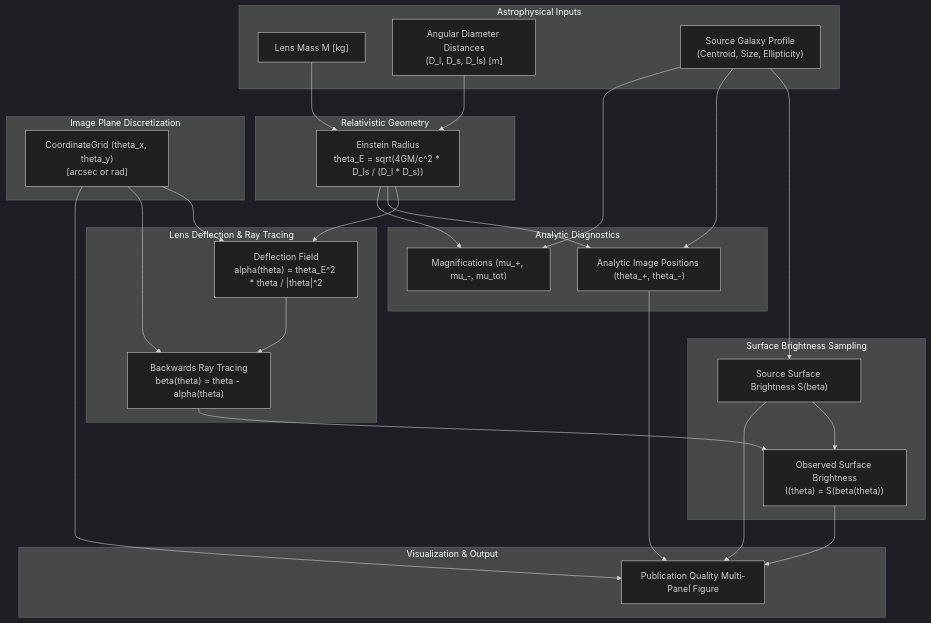
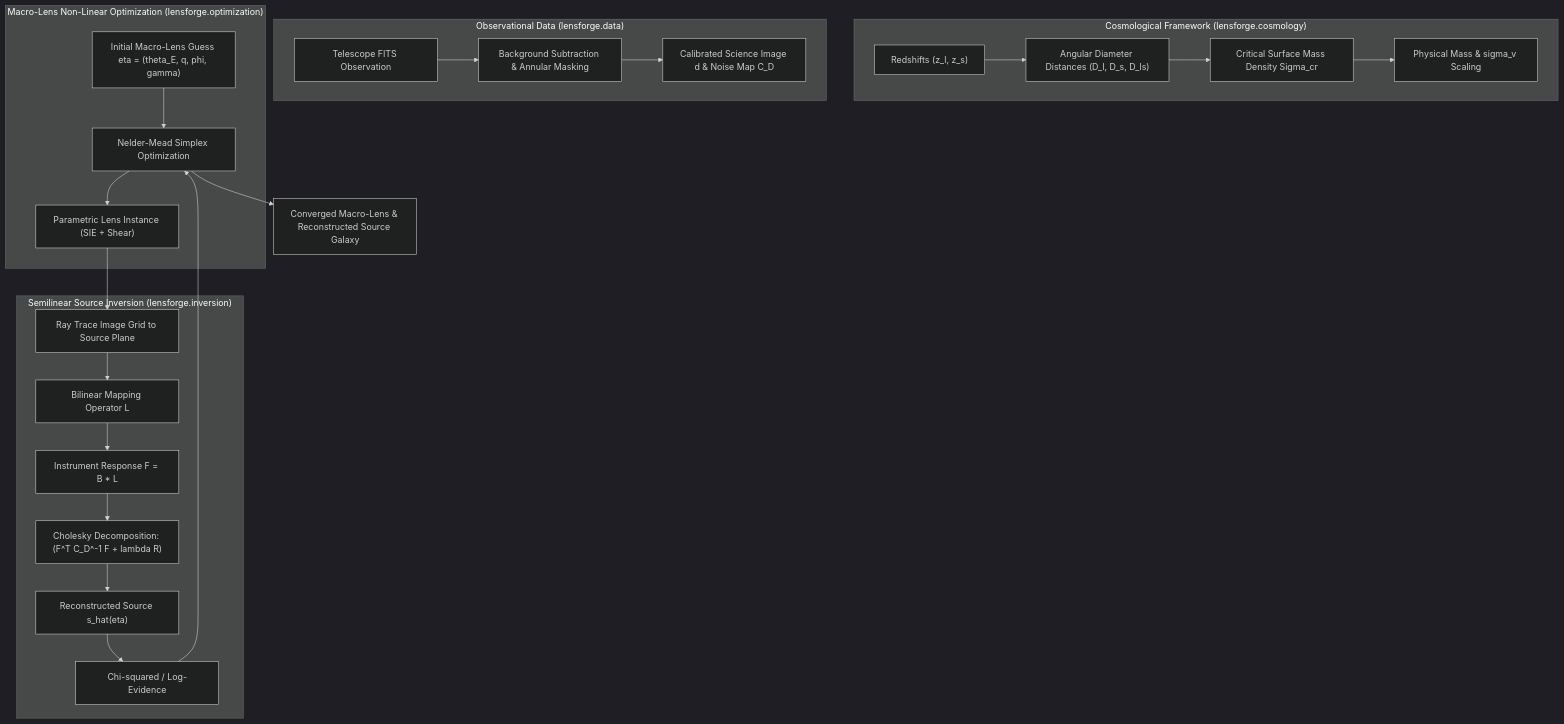
The diagram in docs/architecture.md (yetarnishedmpj/lensforge), drawn with Mermaid (dark theme) before and after one commit. The commit also changed other lines of this file and 30 other files, not shown here.

Commit message:
feat: implement research-grade cosmology, FITS pipeline, macro-lens optimizer, and SLACS benchmark

````diff
--- a/docs/architecture.md
+++ b/docs/architecture.md
@@ -77,52 +111,30 @@
 ```mermaid
 flowchart TD
-    subgraph Inputs["Astrophysical Inputs"]
-        M["Lens Mass M [kg]"]
-        D["Angular Diameter Distances\n(D_l, D_s, D_ls) [m]"]
-        SrcParams["Source Galaxy Profile\n(Centroid, Size, Ellipticity)"]
+    subgraph Cosmology["Cosmological Framework (lensforge.cosmology)"]
+        Z["Redshifts (z_l, z_s)"] --> Distances["Angular Diameter Distances (D_l, D_s, D_ls)"]
+        Distances --> SigmaCr["Critical Surface Mass Density Sigma_cr"]
+        SigmaCr --> MassScale["Physical Mass & sigma_v Scaling"]
     end
 
-    subgraph Geometry["Relativistic Geometry"]
-        E["Einstein Radius\ntheta_E = sqrt(4GM/c^2 * D_ls / (D_l * D_s))"]
-        M --> E
-        D --> E
+    subgraph Data["Observational Data (lensforge.data)"]
+        FITS["Telescope FITS Observation"] --> Preproc["Background Subtraction & Annular Masking"]
+        Preproc --> ObsData["Calibrated Science Image d & Noise Map C_D"]
     end
 
-    subgraph GridEngine["Image Plane Discretization"]
-        Grid["CoordinateGrid (theta_x, theta_y)\n[arcsec or rad]"]
+    subgraph OuterLoop["Macro-Lens Non-Linear Optimization (lensforge.optimization)"]
+        InitEta["Initial Macro-Lens Guess eta = (theta_E, q, phi, gamma)"] --> Simplex["Nelder-Mead Simplex Optimization"]
+        Simplex --> LensModel["Parametric Lens Instance (SIE + Shear)"]
     end
 
-    subgraph DeflectionEngine["Lens Deflection & Ray Tracing"]
-        Defl["Deflection Field\nalpha(theta) = theta_E^2 * theta / |theta|^2"]
-        Trace["Backwards Ray Tracing\nbeta(theta) = theta - alpha(theta)"]
-        E --> Defl
-        Grid --> Defl
-        Defl --> Trace
-        Grid --> Trace
+    subgraph InnerLoop["Semilinear Source Inversion (lensforge.inversion)"]
+        LensModel --> RayTrace["Ray Trace Image Grid to Source Plane"]
+        RayTrace --> Mapping["Bilinear Mapping Operator L"]
+        Mapping --> Response["Instrument Response F = B * L"]
+        Response --> NormalEq["Cholesky Decomposition: (F^T C_D^-1 F + lambda R)"]
+        NormalEq --> SourceMAP["Reconstructed Source s_hat(eta)"]
+        SourceMAP --> Loss["Chi-squared / Log-Evidence"]
     end
 
-    subgraph SourceEngine["Surface Brightness Sampling"]
-        SrcModel["Source Surface Brightness S(beta)"]
-        LensedImg["Observed Surface Brightness\nI(theta) = S(beta(theta))"]
-        SrcParams --> SrcModel
-        Trace --> LensedImg
-        SrcModel --> LensedImg
-    end
-
-    subgraph Analytics["Analytic Diagnostics"]
-        ImgPos["Analytic Image Positions (theta_+, theta_-)"]
-        Mag["Magnifications (mu_+, mu_-, mu_tot)"]
-        E --> ImgPos
-        SrcParams --> ImgPos
-        E --> Mag
-        SrcParams --> Mag
-    end
-
-    subgraph Rendering["Visualization & Output"]
-        Plot["Publication Quality Multi-Panel Figure"]
-        Grid --> Plot
-        SrcModel --> Plot
-        LensedImg --> Plot
-        ImgPos --> Plot
-    end
+    Loss --> Simplex
+    Simplex --> BestFit["Converged Macro-Lens & Reconstructed Source Galaxy"]
 ```
````
